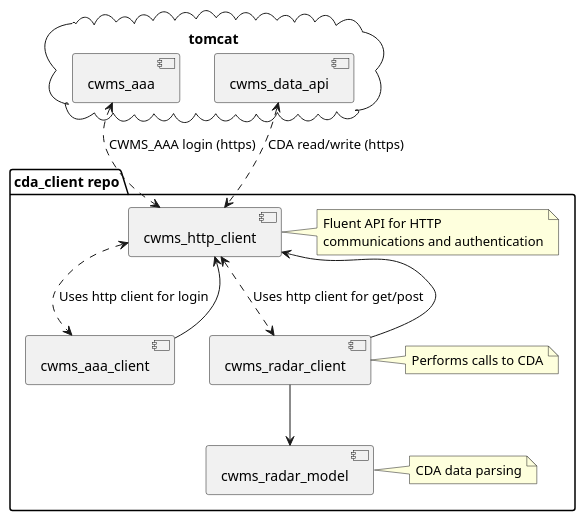
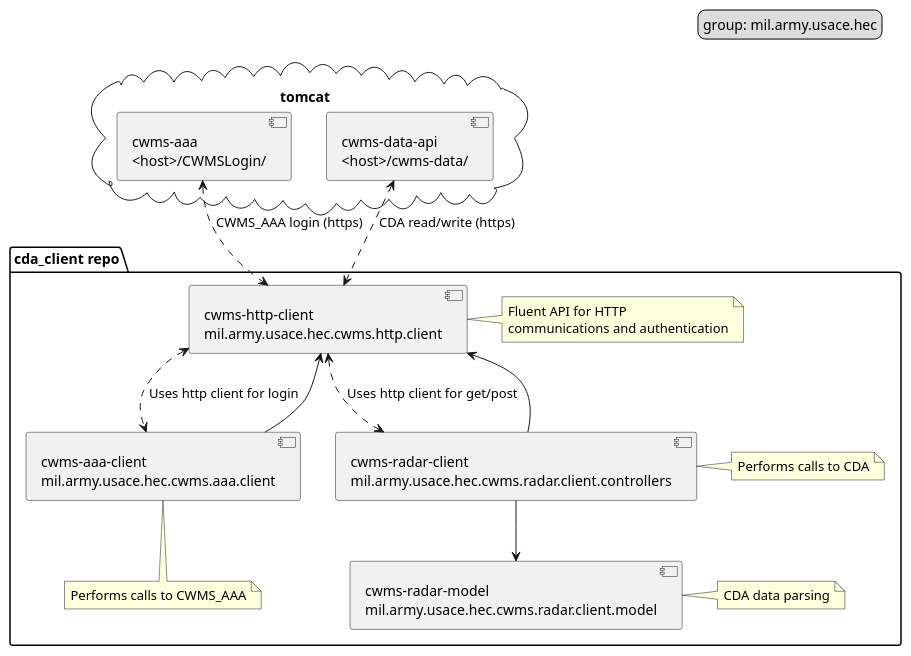
The diagram in docs/CDA-client-modules.puml (HydrologicEngineeringCenter/cwms-data-api-client), drawn with PlantUML before and after one commit.

Commit message:
Revising puml to describe group/artifact/package

```diff
--- a/docs/CDA-client-modules.puml
+++ b/docs/CDA-client-modules.puml
@@ -1,39 +1,49 @@
 @startuml
 
 cloud tomcat {
-    component cwms_aaa
-    component cwms_data_api
+    component cwms_aaa as "cwms-aaa
+        <host>/CWMSLogin/"
+    component cwms_data_api as "cwms-data-api
+        <host>/cwms-data/"
 }
 
 package "cda_client repo" {
 
-    component cwms_aaa_client
-    component cwms_http_client
+    component cwms_aaa_client as "cwms-aaa-client
+        mil.army.usace.hec.cwms.aaa.client"
+    note bottom of cwms_aaa_client : Performs calls to CWMS_AAA
+    component cwms_http_client as "cwms-http-client
+        mil.army.usace.hec.cwms.http.client"
     note right of cwms_http_client
         Fluent API for HTTP
         communications and authentication
     end note
-    component cwms_radar_client
+    component cwms_radar_client as "cwms-radar-client
+        mil.army.usace.hec.cwms.radar.client.controllers"
     note right of cwms_radar_client : Performs calls to CDA
-    component cwms_radar_model
+
+    component cwms_radar_model as "cwms-radar-model
+        mil.army.usace.hec.cwms.radar.client.model"
     note right of cwms_radar_model : CDA data parsing
+
 }
-
-
+legend top right
+    group: mil.army.usace.hec
+end legend
 
 
 cwms_radar_client -left[hidden]- cwms_aaa_client
 
 cwms_aaa <.down.> cwms_http_client : CWMS_AAA login (https)
 cwms_http_client <.down.> cwms_aaa_client : Uses http client for login
 
 
 cwms_data_api <.down.> cwms_http_client : CDA read/write (https)
 cwms_http_client <.down.> cwms_radar_client : Uses http client for get/post
 
 cwms_http_client <-down- cwms_aaa_client
 cwms_http_client <-down- cwms_radar_client
 
 cwms_radar_client -down-> cwms_radar_model
 
 @enduml
```
